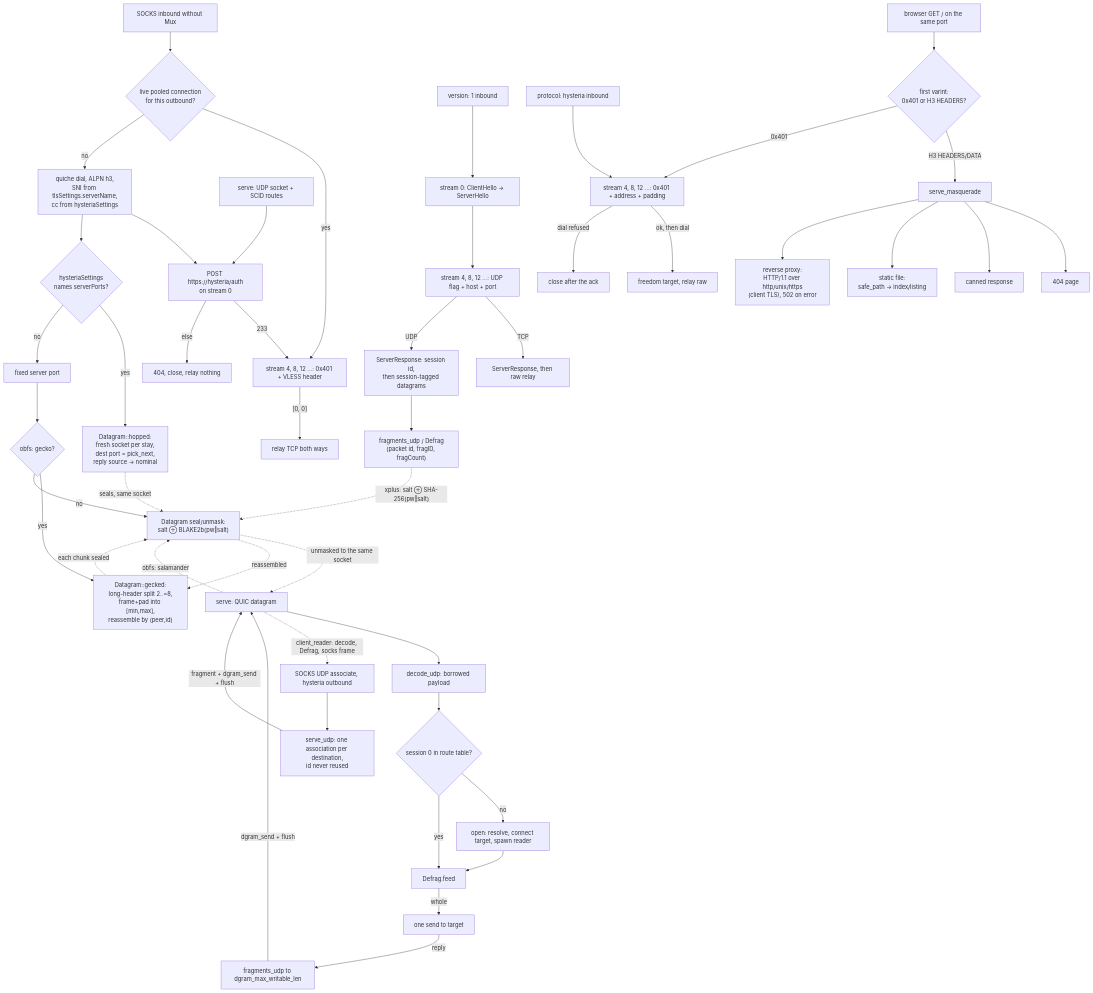
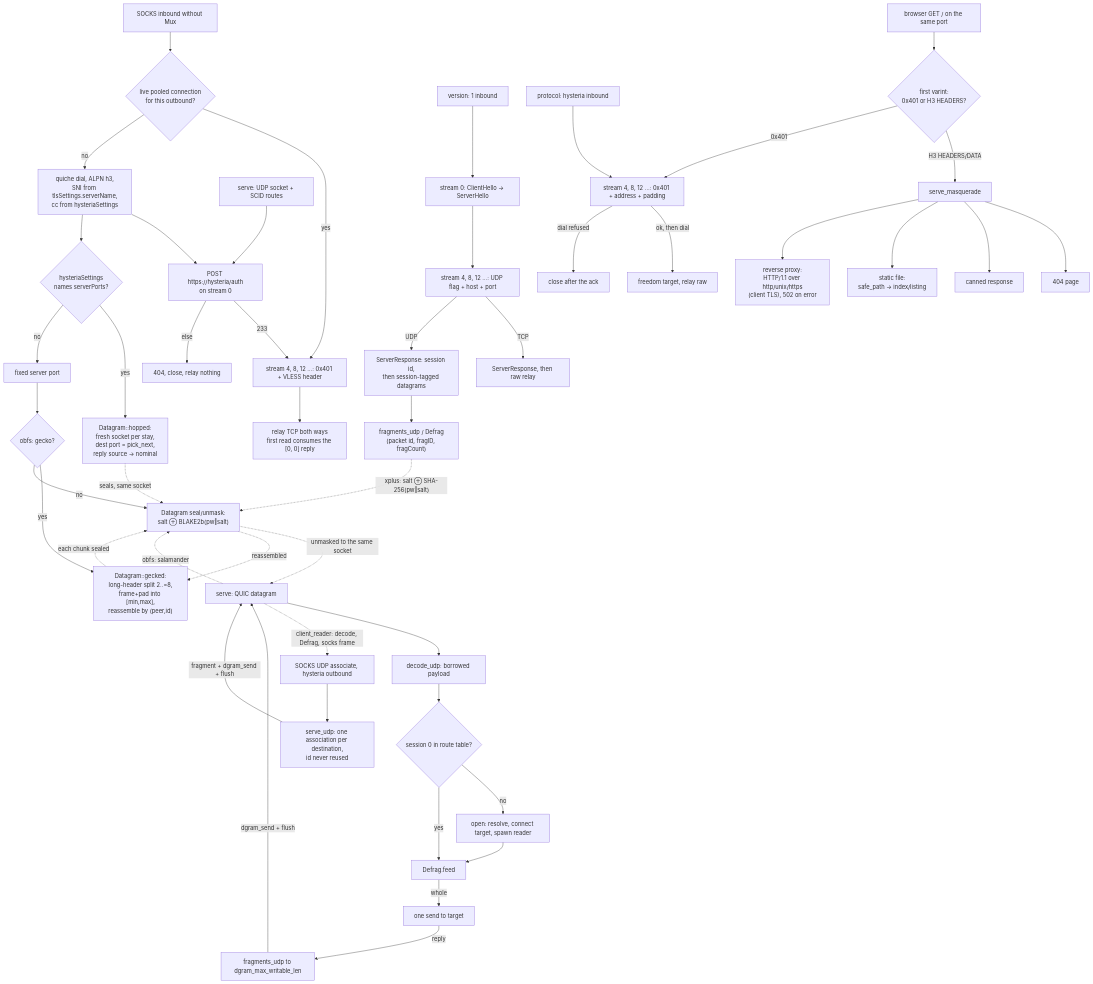
The diagram in docs/function/carrier-hysteria.md (Ferrocite/ferrox), drawn with Mermaid before and after one commit. The commit also changed other lines of this file and 2 other files, not shown here.

First line of the commit message:
hysteria: an upload-only flow never waits for the reply

````diff
--- a/docs/function/carrier-hysteria.md
+++ b/docs/function/carrier-hysteria.md
@@ -21,49 +21,49 @@
 ```mermaid
 graph TD
     S["SOCKS inbound without Mux"] --> P{"live pooled connection<br/>for this outbound?"}
     P -- yes --> F["stream 4, 8, 12 …: 0x401 + VLESS header"]
     P -- no --> D["quiche dial, ALPN h3,<br/>SNI from tlsSettings.serverName,<br/>cc from hysteriaSettings"]
     D --> A["POST https://hysteria/auth<br/>on stream 0"]
     A -- 233 --> F
-    F -- "[0, 0]" --> R["relay TCP both ways"]
+    F --> R["relay TCP both ways<br/>first read consumes the [0, 0] reply"]
     A -- else --> X["404, close, relay nothing"]
     H["serve: UDP socket + SCID routes"] --> A
     V1["version: 1 inbound"] --> VH["stream 0: ClientHello → ServerHello"]
     VH --> VF["stream 4, 8, 12 …: UDP flag + host + port"]
     VF -- "TCP" --> VT["ServerResponse, then raw relay"]
     VF -- "UDP" --> VU["ServerResponse: session id,<br/>then session-tagged datagrams"]
     VU --> VD["fragments_udp / Defrag<br/>(packet id, fragID, fragCount)"]
     VD -. "xplus: salt ⊕ SHA-256(pw‖salt)" .-> M
     P2["protocol: hysteria inbound"] --> Q["stream 4, 8, 12 …: 0x401 + address + padding"]
     Q -- "ok, then dial" --> T["freedom target, relay raw"]
     Q -- "dial refused" --> C["close after the ack"]
     G["serve: QUIC datagram"] --> D2["decode_udp: borrowed payload"]
     G -. "obfs: salamander" .-> M["Datagram seal/unmask:<br/>salt ⊕ BLAKE2b(pw‖salt)"]
     M -. "unmasked to the same socket" .-> G
     D2 --> E2{"session 0 in route table?"}
     E2 -- no --> O["open: resolve, connect target, spawn reader"]
     E2 -- yes --> F2["Defrag.feed"]
     O --> F2
     F2 -- whole --> U["one send to target"]
     U -- "reply " --> V["fragments_udp to dgram_max_writable_len"]
     V -- "dgram_send + flush" --> G
     W["SOCKS UDP associate, hysteria outbound"] --> N["serve_udp: one association per destination,<br/>id never reused"]
     N -- "fragment + dgram_send + flush" --> G
     G -. "client_reader: decode, Defrag, socks frame" .-> W
     B["browser GET / on the same port"] --> MS{"first varint:<br/>0x401 or H3 HEADERS?"}
     MS -- "H3 HEADERS/DATA" --> SM["serve_masquerade"]
     MS -- "0x401" --> Q
     SM --> K1["404 page"]
     SM --> K2["canned response"]
     SM --> K3["static file:<br/>safe_path → index/listing"]
     SM --> K4["reverse proxy:<br/>HTTP/1.1 over http/unix/https<br/>(client TLS), 502 on error"]
     D --> HP{"hysteriaSettings<br/>names serverPorts?"}
     HP -- "yes" --> HH["Datagram::hopped:<br/>fresh socket per stay,<br/>dest port = pick_next,<br/>reply source → nominal"]
     HP -- "no" --> HF["fixed server port"]
     HF --> GK{"obfs: gecko?"}
     GK -- "yes" --> GF["Datagram::gecked:<br/>long-header split 2..=8,<br/>frame+pad into [min,max],<br/>reassemble by (peer,id)"]
     GK -- "no" --> M
     GF -. "each chunk sealed" .-> M
     M -. "reassembled" .-> GF
     HH -. "seals, same socket" .-> M
 ```
````
